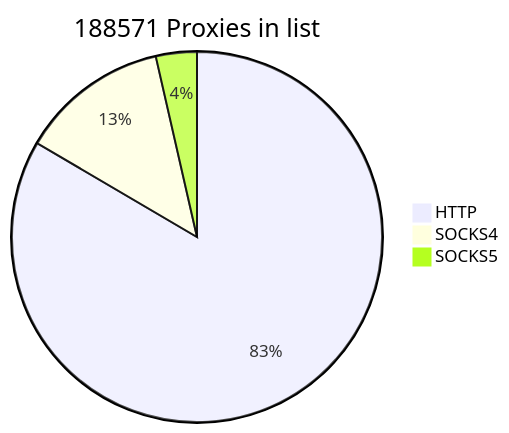
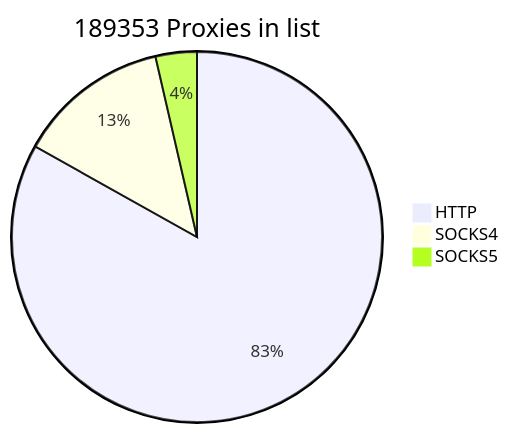
One commit to cutipu/proxylist changed the first of 2 diagrams in README.md. Above: the diagram before and after it, drawn with Mermaid. The commit also changed other lines of this file, not shown here.

````diff
--- a/README.md
+++ b/README.md
@@ -2,7 +2,7 @@
 ```mermaid
-pie title 188571 Proxies in list
-    "HTTP" : 157357
-    "SOCKS4" : 24478
-    "SOCKS5" : 6736
+pie title 189353 Proxies in list
+    "HTTP" : 157380
+    "SOCKS4" : 25149
+    "SOCKS5" : 6824
             
 ```
````
